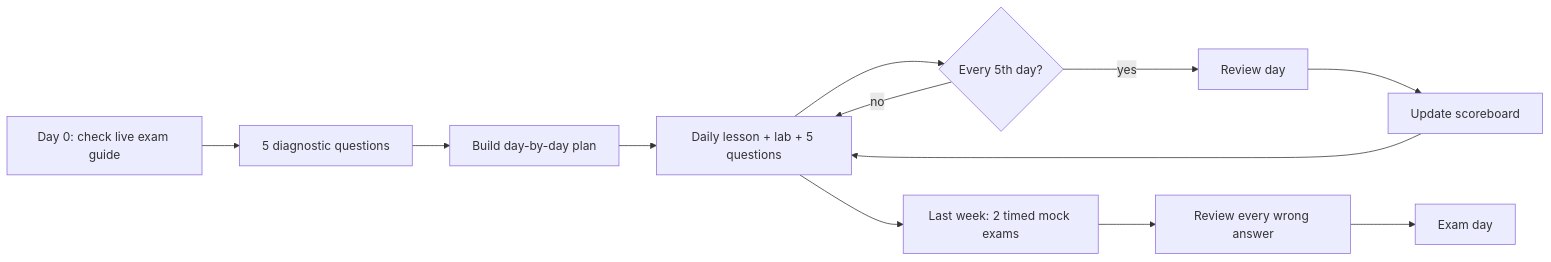
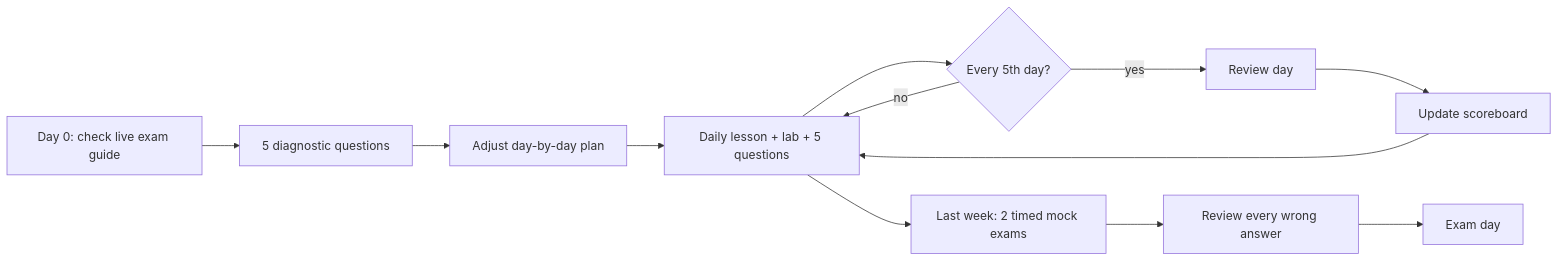
Before and after one commit to gvarun17/aws-aif-study: the diagram in README.md, drawn with Mermaid. The commit also changed other lines of this file and 12 other files, not shown here.

````diff
--- a/README.md
+++ b/README.md
@@ -28,14 +38,14 @@
 ```mermaid
 flowchart LR
     A[Day 0: check live exam guide] --> B[5 diagnostic questions]
-    B --> C[Build day-by-day plan]
+    B --> C[Adjust day-by-day plan]
     C --> D[Daily lesson + lab + 5 questions]
     D --> E{Every 5th day?}
     E -- yes --> F[Review day]
     E -- no --> D
     F --> G[Update scoreboard]
     G --> D
     D --> H[Last week: 2 timed mock exams]
     H --> I[Review every wrong answer]
     I --> J[Exam day]
 ```
````
